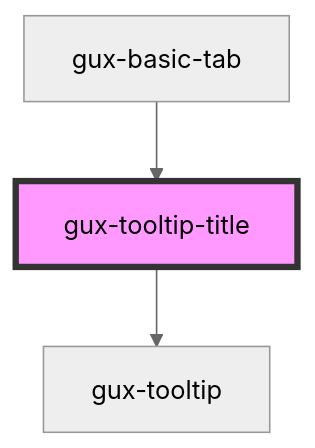
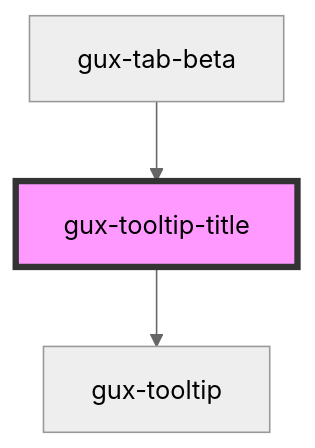
Before and after one commit to Retsam/genesys-webcomponents: the diagram in src/components/beta/gux-tooltip-title/readme.md, drawn with Mermaid (neutral theme). The commit also changed other lines of this file and 77 other files, not shown here.

Commit message:
chore(gux-tabs-beta): addressed UX updates, renamed component, fixed beta component bug in docs

````diff
--- a/src/components/beta/gux-tooltip-title/readme.md
+++ b/src/components/beta/gux-tooltip-title/readme.md
@@ -26,6 +26,6 @@
 ```mermaid
 graph TD;
   gux-tooltip-title --> gux-tooltip
-  gux-basic-tab --> gux-tooltip-title
+  gux-tab-beta --> gux-tooltip-title
   style gux-tooltip-title fill:#f9f,stroke:#333,stroke-width:4px
 ```
````
